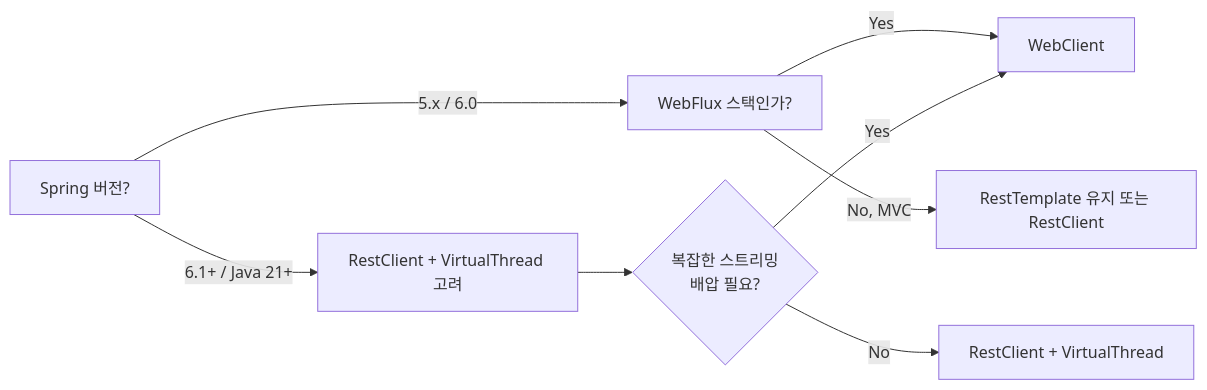
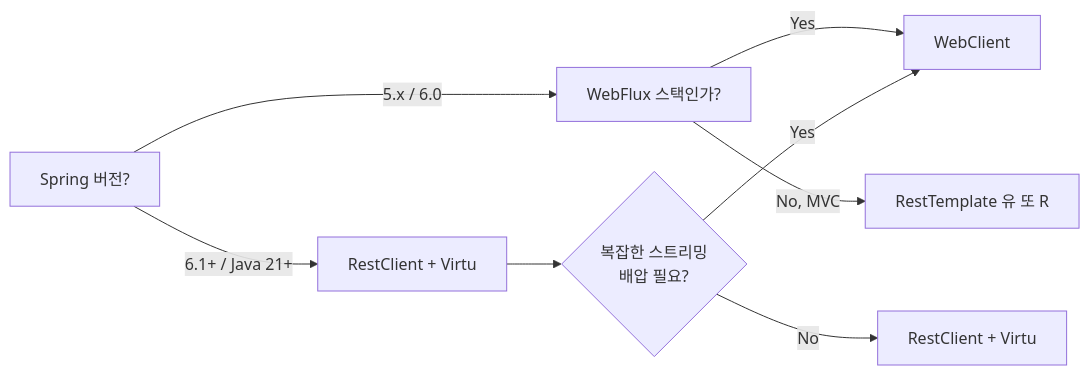
One commit to yjkim2015/yjkim2015.github.io changed the tenth of 10 diagrams in _posts/spring/2026-05-12-webclient-thread-model.md. Above: the diagram before and after it, drawn with Mermaid. The commit also changed other lines of this file and 245 other files, not shown here.

First line of the commit message:
Mermaid 다이어그램 전면 수정 + 면접 포인트 접기/펼치기 + DB 데드락 페이지

````diff
--- a/_posts/spring/2026-05-12-webclient-thread-model.md
+++ b/_posts/spring/2026-05-12-webclient-thread-model.md
@@ -702,10 +703,10 @@
 ```mermaid
 graph LR
     A[Spring 버전?] -->|5.x / 6.0| B[WebFlux 스택인가?]
-    A -->|6.1+ / Java 21+| C[RestClient + VirtualThread 고려]
+    A -->|6.1+ / Java 21+| C["RestClient + Virtu"]
     B -->|Yes| D[WebClient]
-    B -->|No, MVC| E[RestTemplate 유지 또는 RestClient]
+    B -->|No, MVC| E["RestTemplate 유 또 R"]
     C --> F{복잡한 스트리밍<br/>배압 필요?}
     F -->|Yes| D
-    F -->|No| G[RestClient + VirtualThread]
+    F -->|No| G["RestClient + Virtu"]
 ```
````
